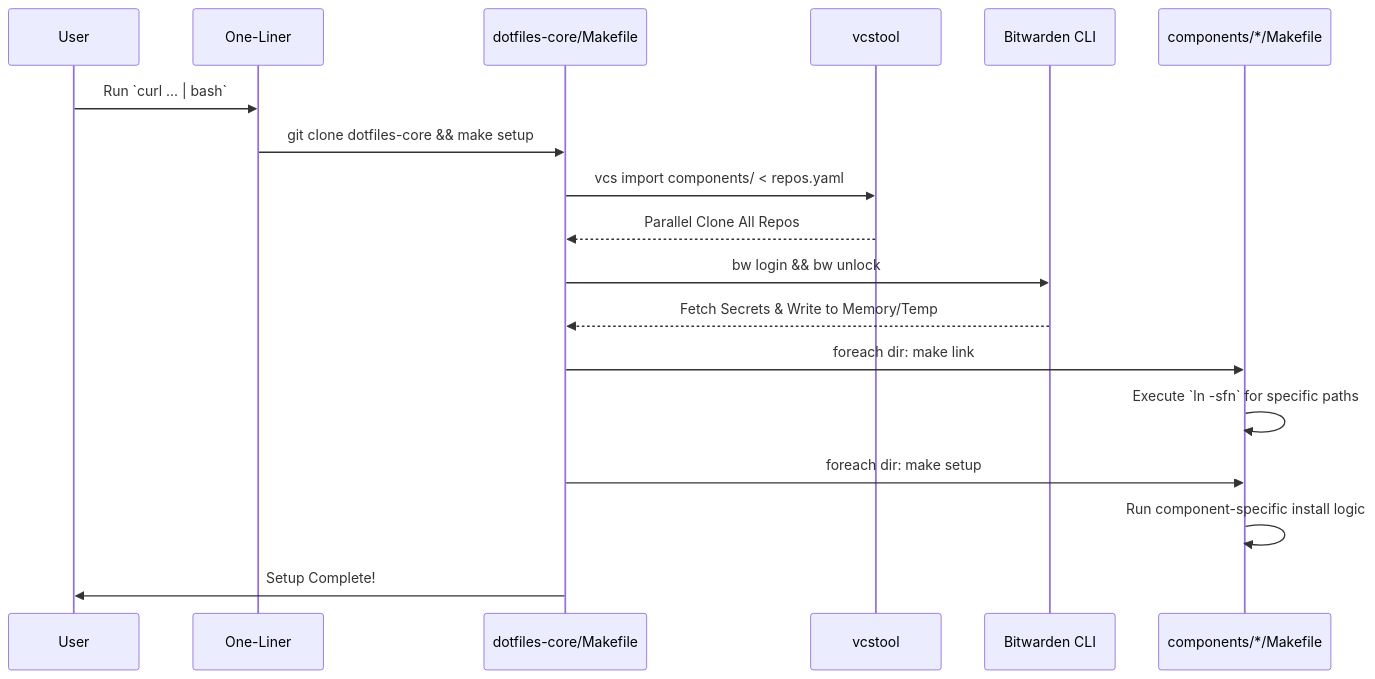
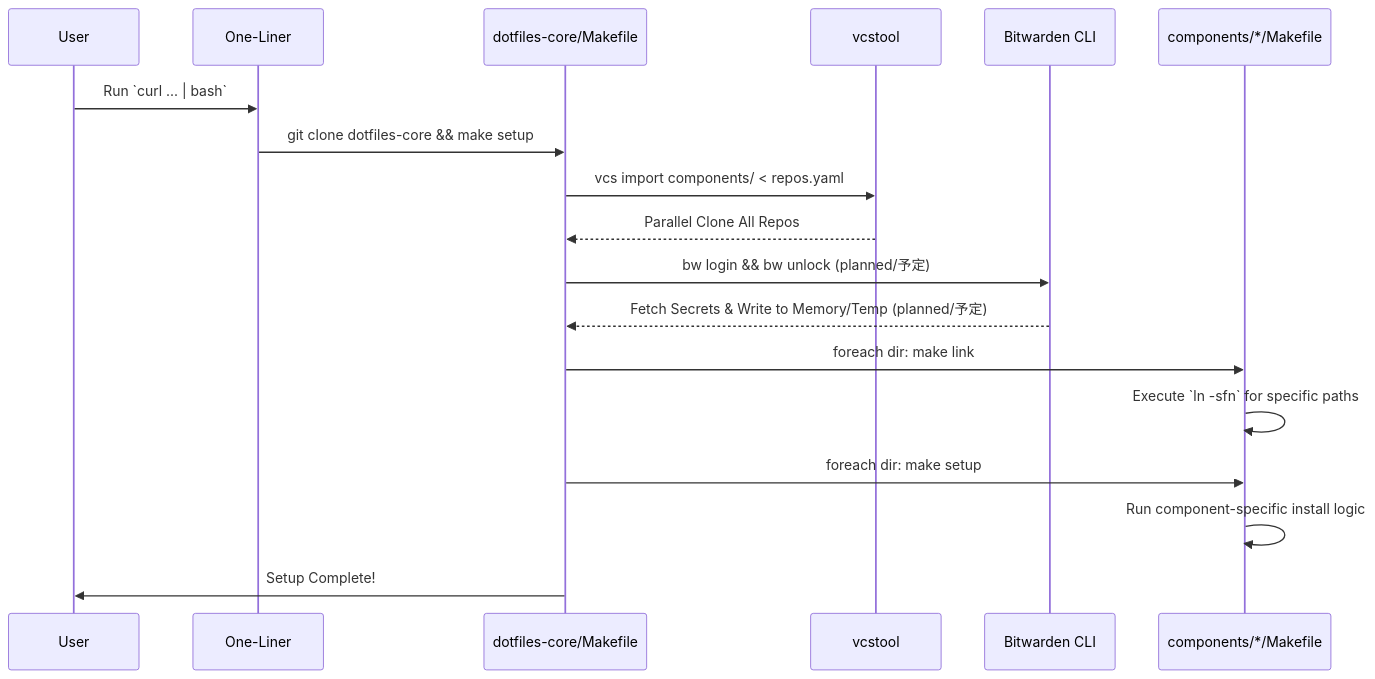
The diagram in SPEC.md (yohi/dotfiles-core), drawn with Mermaid before and after one commit. The commit also changed other lines of this file and 1 other file, not shown here.

Commit message:
fix(build): 委譲された make ターゲットのエラーハンドリングとレポートを改善

````diff
--- a/SPEC.md
+++ b/SPEC.md
@@ -77,21 +77,21 @@
 ```mermaid
 sequenceDiagram
     participant User
     participant CurlBash as One-Liner
     participant CoreMake as dotfiles-core/Makefile
     participant VCS as vcstool
     participant BW as Bitwarden CLI
     participant SubMake as components/*/Makefile
 
     User->>CurlBash: Run `curl ... | bash`
     CurlBash->>CoreMake: git clone dotfiles-core && make setup
     CoreMake->>VCS: vcs import components/ < repos.yaml
     VCS-->>CoreMake: Parallel Clone All Repos
-    CoreMake->>BW: bw login && bw unlock
-    BW-->>CoreMake: Fetch Secrets & Write to Memory/Temp
+    CoreMake->>BW: bw login && bw unlock (planned/予定)
+    BW-->>CoreMake: Fetch Secrets & Write to Memory/Temp (planned/予定)
     CoreMake->>SubMake: foreach dir: make link
     SubMake->>SubMake: Execute `ln -sfn` for specific paths
     CoreMake->>SubMake: foreach dir: make setup
     SubMake->>SubMake: Run component-specific install logic
     CoreMake->>User: Setup Complete!
 ```
````
